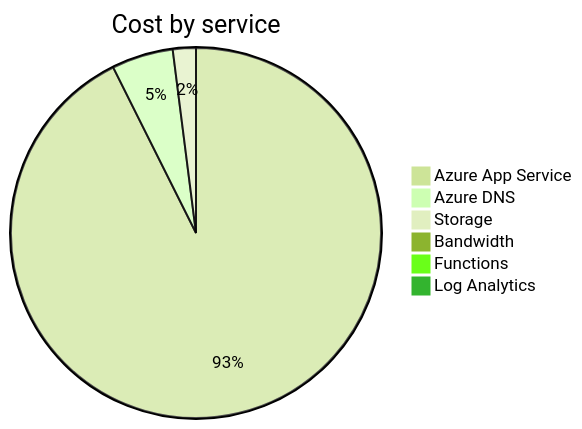
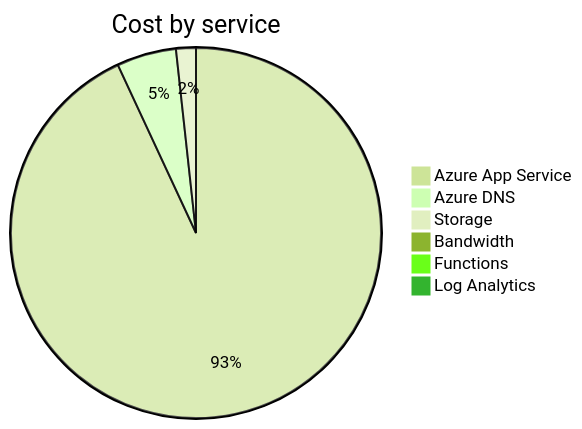
The second of 4 diagrams in cost-reports/accumulated-cost.md (jpfulton/azure-personal-reports), drawn with Mermaid (forest theme) before and after one commit. The commit also changed other lines of this file and 4 other files, not shown here.

````diff
--- a/cost-reports/accumulated-cost.md
+++ b/cost-reports/accumulated-cost.md
@@ -100,10 +100,10 @@
 ```mermaid
 pie
    title Cost by service
-   "Azure App Service" : 1.38
-   "Azure DNS" : 0.08
-   "Storage" : 0.03
+   "Azure App Service" : 2.15
+   "Azure DNS" : 0.12
+   "Storage" : 0.04
    "Bandwidth" : 0.00
    "Functions" : 0.00
    "Log Analytics" : 0.00
 ```
````
